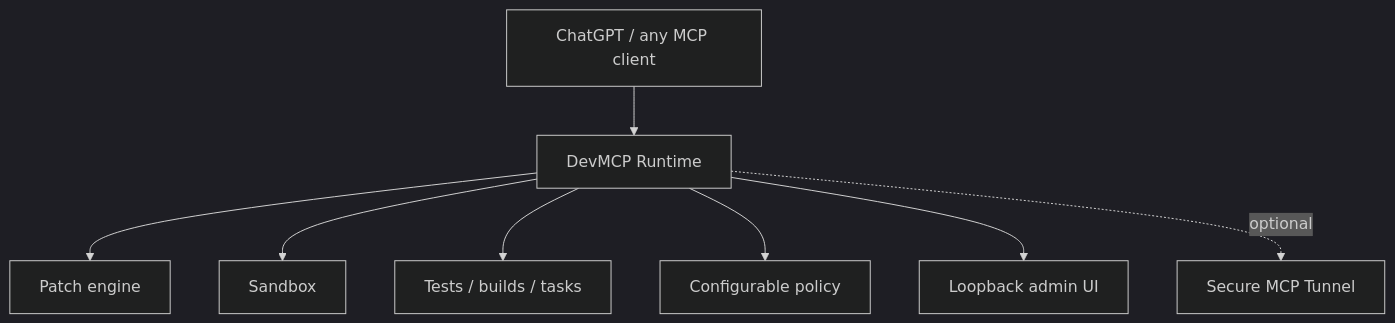
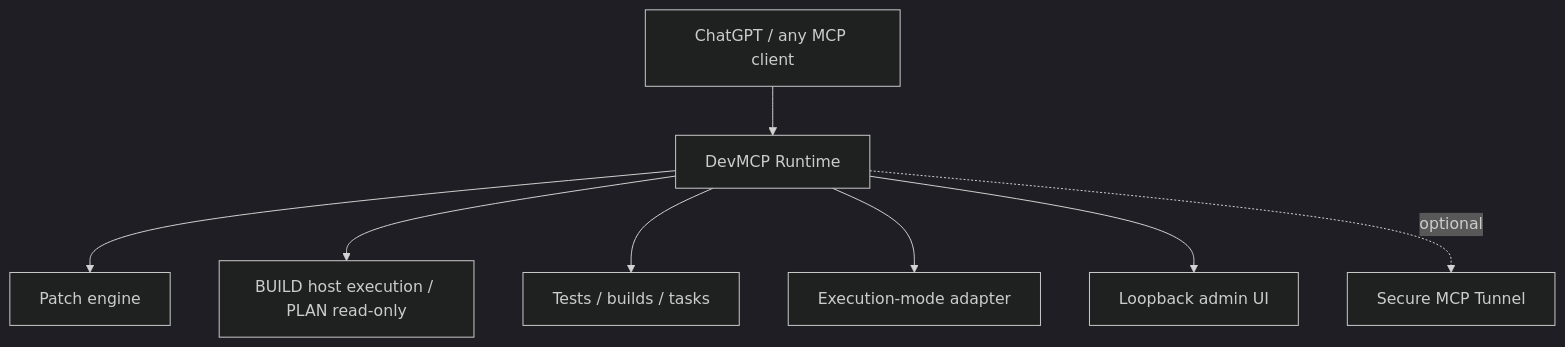
The diagram in README.md (GolovIaroslav/devmcp-runtime), drawn with Mermaid (dark theme) before and after one commit. The commit also changed other lines of this file and 8 other files, not shown here.

````diff
--- a/README.md
+++ b/README.md
@@ -16,10 +19,10 @@
 ```mermaid
 flowchart TD
   C[ChatGPT / any MCP client] --> R[DevMCP Runtime]
   R --> P[Patch engine]
-  R --> S[Sandbox]
+  R --> S[BUILD host execution / PLAN read-only]
   R --> T[Tests / builds / tasks]
-  R --> Q[Configurable policy]
+  R --> Q[Execution-mode adapter]
   R --> U[Loopback admin UI]
   R -. optional .-> X[Secure MCP Tunnel]
 ```
````
